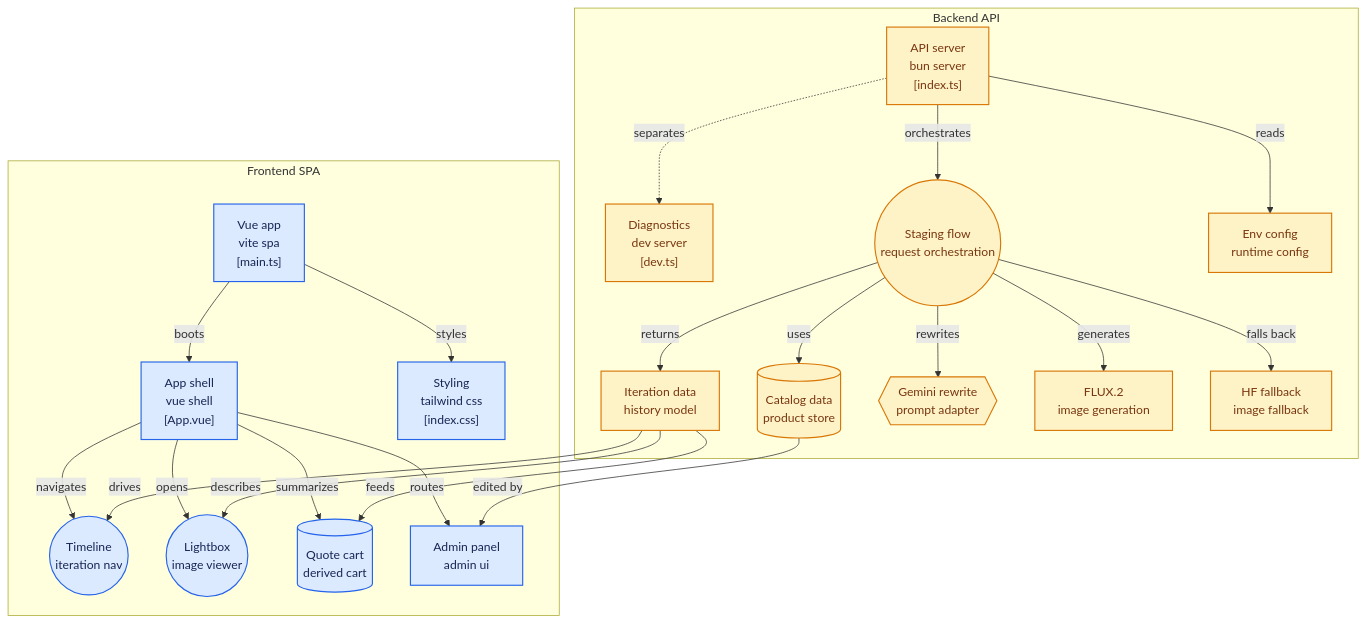
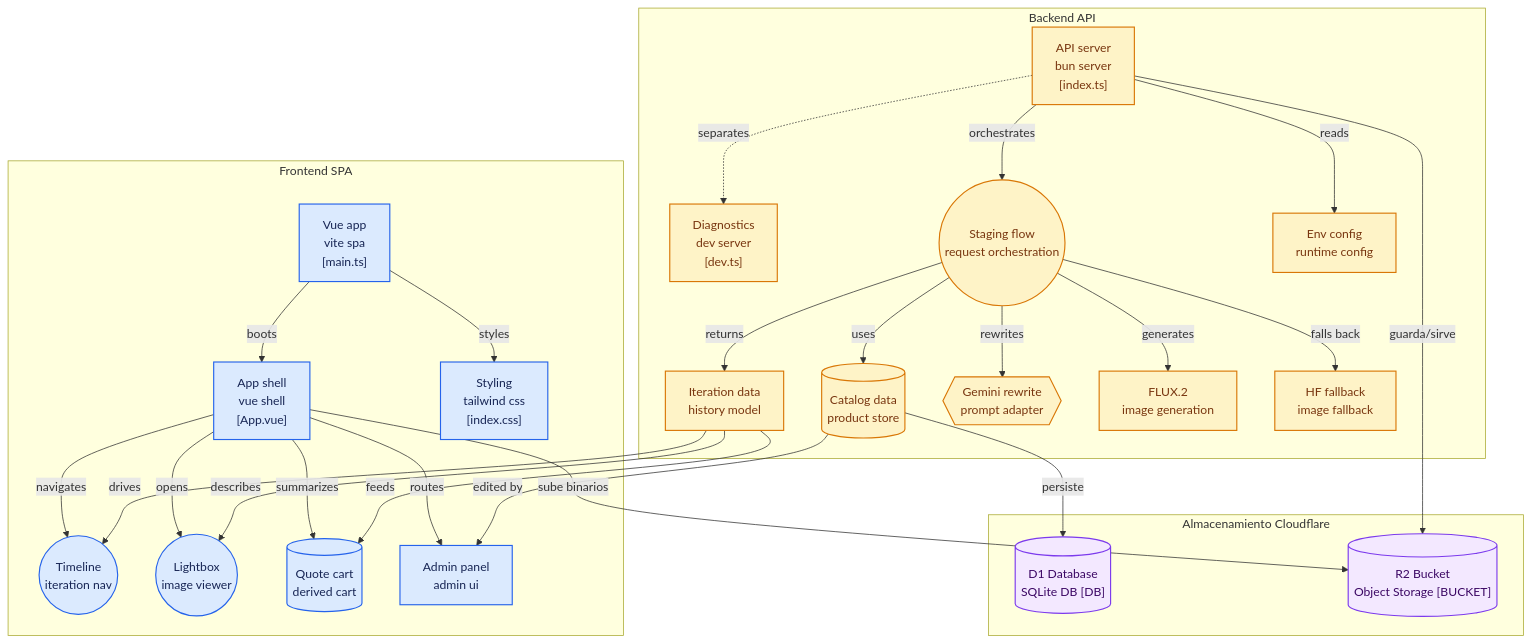
Before and after one commit to rigoloberto/MoreHouseDecorIA: the diagram in README.md, drawn with Mermaid.

````diff
--- a/README.md
+++ b/README.md
@@ -11,54 +11,71 @@
 ```mermaid
 flowchart TD
 
 subgraph group_frontend["Frontend SPA"]
   node_spa["Vue app<br/>vite spa<br/>[main.ts]"]
   node_app_shell["App shell<br/>vue shell<br/>[App.vue]"]
   node_timeline(("Timeline<br/>iteration nav"))
   node_viewer(("Lightbox<br/>image viewer"))
   node_cart[("Quote cart<br/>derived cart")]
   node_admin_ui["Admin panel<br/>admin ui"]
   node_styles["Styling<br/>tailwind css<br/>[index.css]"]
 end
 
 subgraph group_backend["Backend API"]
   node_backend_api["API server<br/>bun server<br/>[index.ts]"]
   node_diagnostics["Diagnostics<br/>dev server<br/>[dev.ts]"]
   node_staging_flow(("Staging flow<br/>request orchestration"))
   node_metadata["Iteration data<br/>history model"]
   node_catalog[("Catalog data<br/>product store")]
   node_gemini_adapter{{"Gemini rewrite<br/>prompt adapter"}}
   node_cloudflare_ai["FLUX.2<br/>image generation"]
   node_hf_fallback["HF fallback<br/>image fallback"]
   node_env["Env config<br/>runtime config"]
 end
 
+subgraph group_storage["Almacenamiento Cloudflare"]
+  node_d1[("D1 Database<br/>SQLite DB [DB]")]
+  node_r2[("R2 Bucket<br/>Object Storage [BUCKET]")]
+end
+
 node_spa -->|"boots"| node_app_shell
 node_app_shell -->|"navigates"| node_timeline
 node_app_shell -->|"opens"| node_viewer
 node_app_shell -->|"summarizes"| node_cart
 node_app_shell -->|"routes"| node_admin_ui
 node_spa -->|"styles"| node_styles
 node_backend_api -->|"orchestrates"| node_staging_flow
 node_staging_flow -->|"generates"| node_cloudflare_ai
 node_staging_flow -->|"rewrites"| node_gemini_adapter
 node_staging_flow -->|"falls back"| node_hf_fallback
 node_staging_flow -->|"returns"| node_metadata
 node_staging_flow -->|"uses"| node_catalog
 node_backend_api -.->|"separates"| node_diagnostics
 node_backend_api -->|"reads"| node_env
 node_catalog -->|"edited by"| node_admin_ui
 node_metadata -->|"drives"| node_timeline
 node_metadata -->|"describes"| node_viewer
 node_metadata -->|"feeds"| node_cart
 
+node_catalog -->|"persiste"| node_d1
+node_backend_api -->|"guarda/sirve"| node_r2
+node_app_shell -->|"sube binarios"| node_r2
+
+click node_spa "https://github.com/rigoloberto/morehousedecoria/blob/main/frontend/src/main.ts"
+click node_app_shell "https://github.com/rigoloberto/morehousedecoria/blob/main/frontend/src/App.vue"
+click node_styles "https://github.com/rigoloberto/morehousedecoria/blob/main/frontend/src/assets/index.css"
+click node_backend_api "https://github.com/rigoloberto/morehousedecoria/blob/main/backend/src/index.ts"
+click node_diagnostics "https://github.com/rigoloberto/morehousedecoria/blob/main/backend/src/dev.ts"
+
 classDef toneNeutral fill:#f8fafc,stroke:#334155,stroke-width:1.5px,color:#0f172a
 classDef toneBlue fill:#dbeafe,stroke:#2563eb,stroke-width:1.5px,color:#172554
 classDef toneAmber fill:#fef3c7,stroke:#d97706,stroke-width:1.5px,color:#78350f
 classDef toneMint fill:#dcfce7,stroke:#16a34a,stroke-width:1.5px,color:#14532d
 classDef toneRose fill:#ffe4e6,stroke:#e11d48,stroke-width:1.5px,color:#881337
 classDef toneIndigo fill:#e0e7ff,stroke:#4f46e5,stroke-width:1.5px,color:#312e81
 classDef toneTeal fill:#ccfbf1,stroke:#0f766e,stroke-width:1.5px,color:#134e4a
+classDef toneViolet fill:#f3e8ff,stroke:#7c3aed,stroke-width:1.5px,color:#3b0764
 class node_spa,node_app_shell,node_timeline,node_viewer,node_cart,node_admin_ui,node_styles toneBlue
 class node_backend_api,node_diagnostics,node_staging_flow,node_metadata,node_catalog,node_gemini_adapter,node_cloudflare_ai,node_hf_fallback,node_env toneAmber
+class node_d1,node_r2 toneViolet
 ```
````
